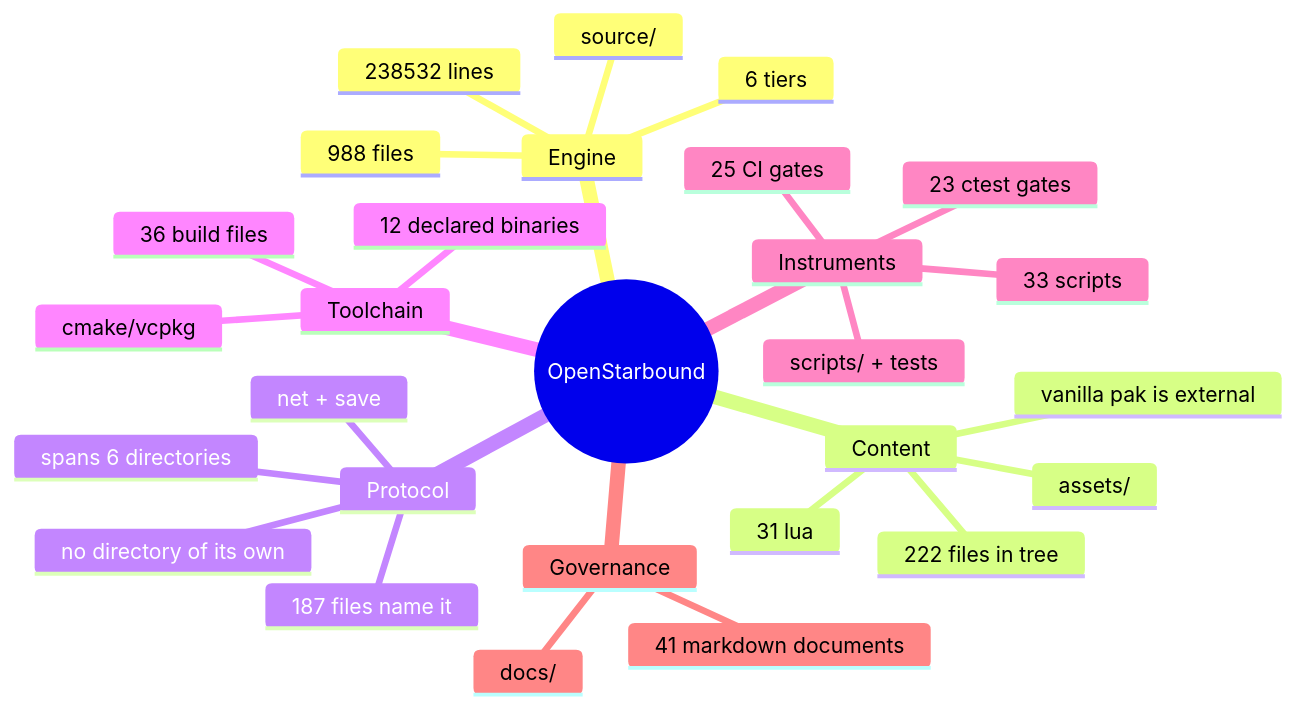
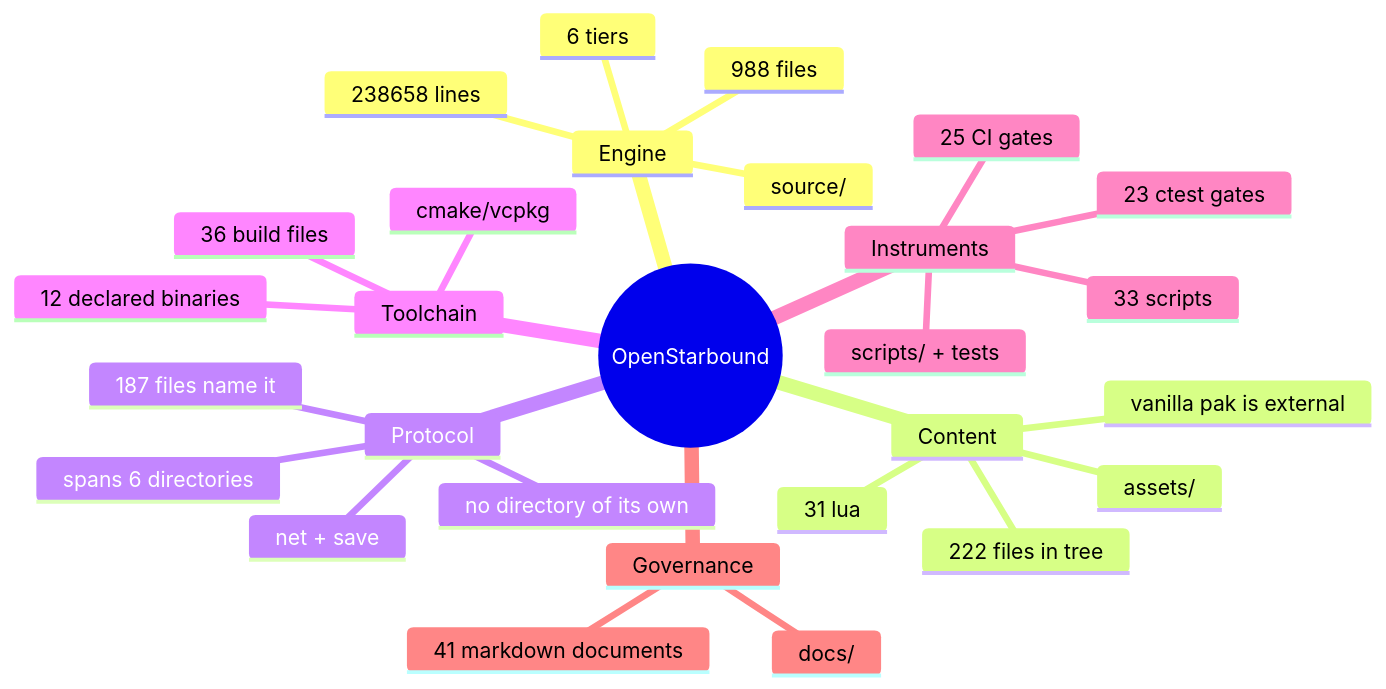
One commit to apnex/OpenStarbound changed the second of 11 diagrams in docs/architecture/system-boundaries.md. Above: the diagram before and after it, drawn with Mermaid. The commit also changed other lines of this file, not shown here.

Commit message:
arch-graph: regenerate system-boundaries blocks after the harness change [#222]

````diff
--- a/docs/architecture/system-boundaries.md
+++ b/docs/architecture/system-boundaries.md
@@ -166,31 +166,31 @@
 ```mermaid
 mindmap
   root((OpenStarbound))
     Engine
       source/
       988 files
-      238532 lines
+      238658 lines
       6 tiers
     Content
       assets/
       222 files in tree
       31 lua
       vanilla pak is external
     Protocol
       net + save
       187 files name it
       spans 6 directories
       no directory of its own
     Toolchain
       cmake/vcpkg
       36 build files
       12 declared binaries
     Instruments
       scripts/ + tests
       33 scripts
       23 ctest gates
       25 CI gates
     Governance
       docs/
       41 markdown documents
 ```
````
